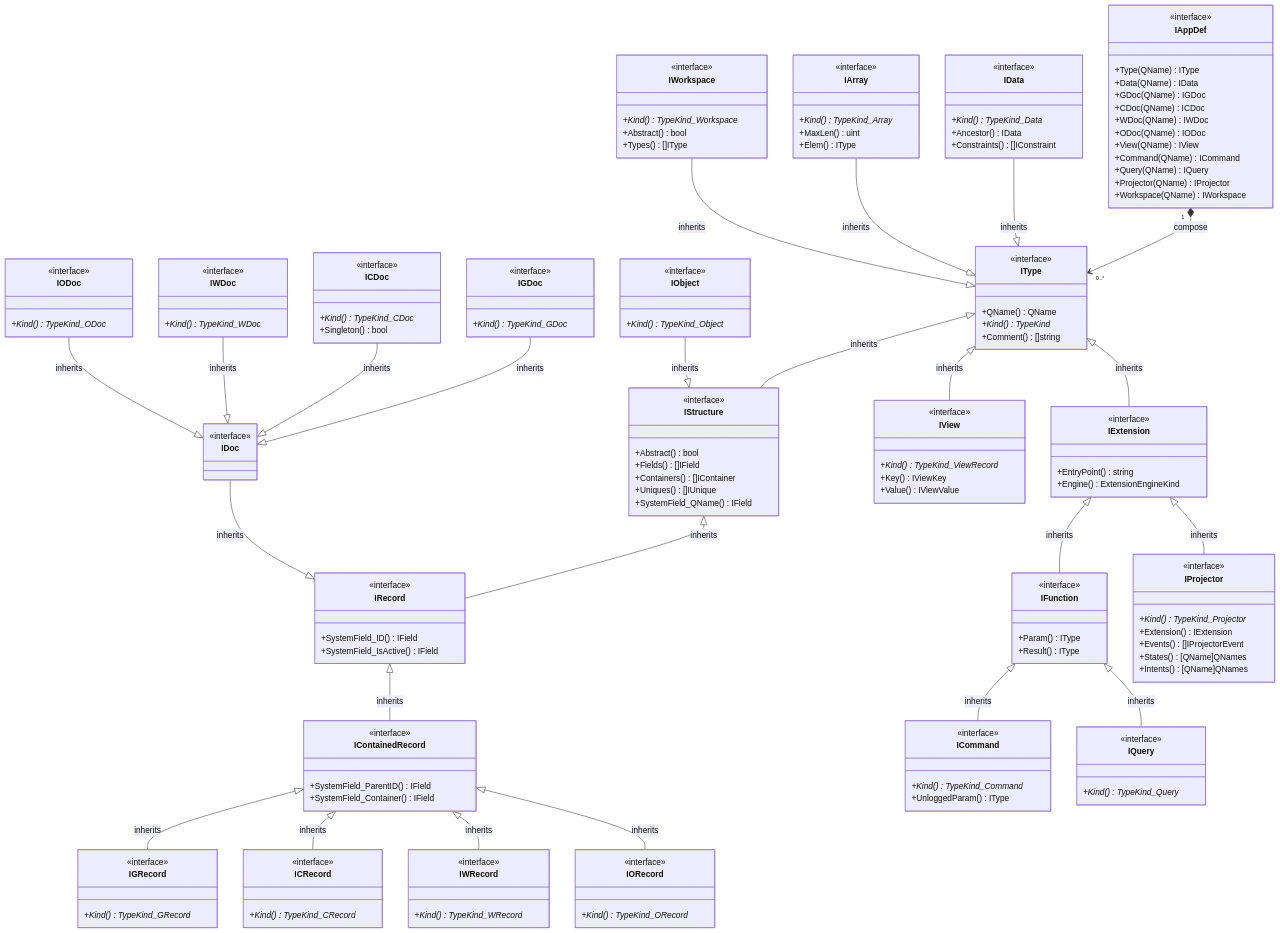
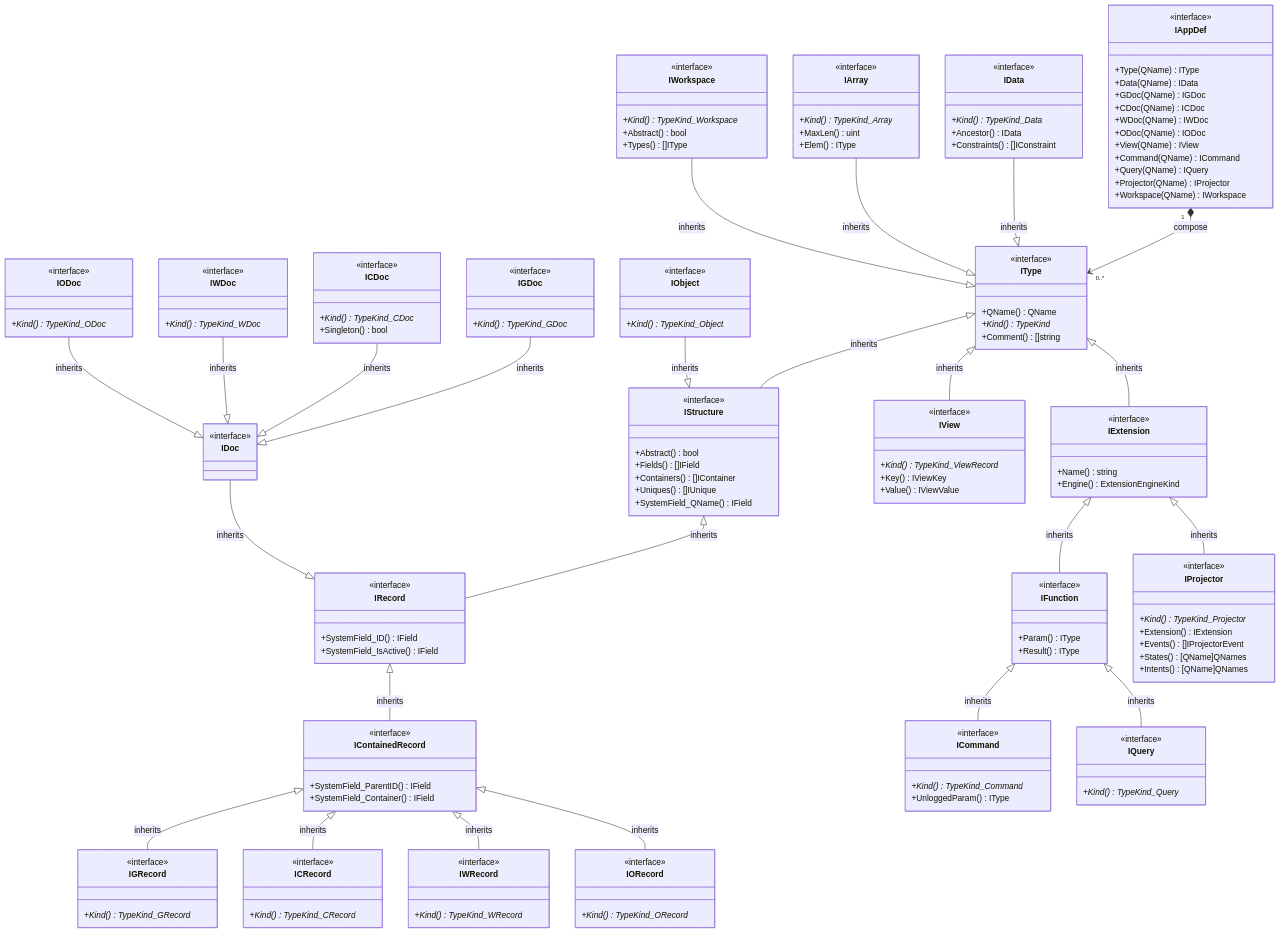
One commit to voedger/voedger changed the first of 7 diagrams in pkg/appdef/README.md. Above: the diagram before and after it, drawn with Mermaid. The commit also changed other lines of this file and 19 other files, not shown here.

```diff
--- a/pkg/appdef/README.md
+++ b/pkg/appdef/README.md
@@ -142,7 +142,7 @@
     IType <|-- IExtension : inherits
     class IExtension {
         <<interface>>
-        +EntryPoint() string
+        +Name() string
         +Engine() ExtensionEngineKind
     }
 
```
